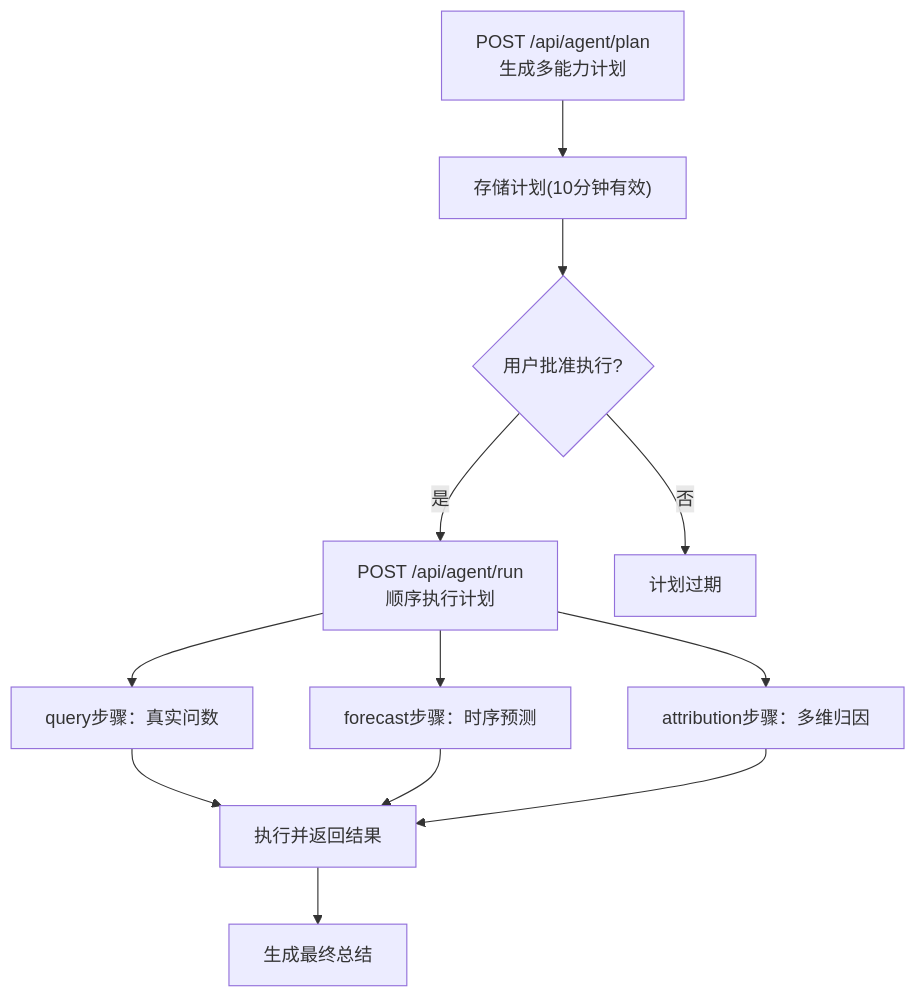
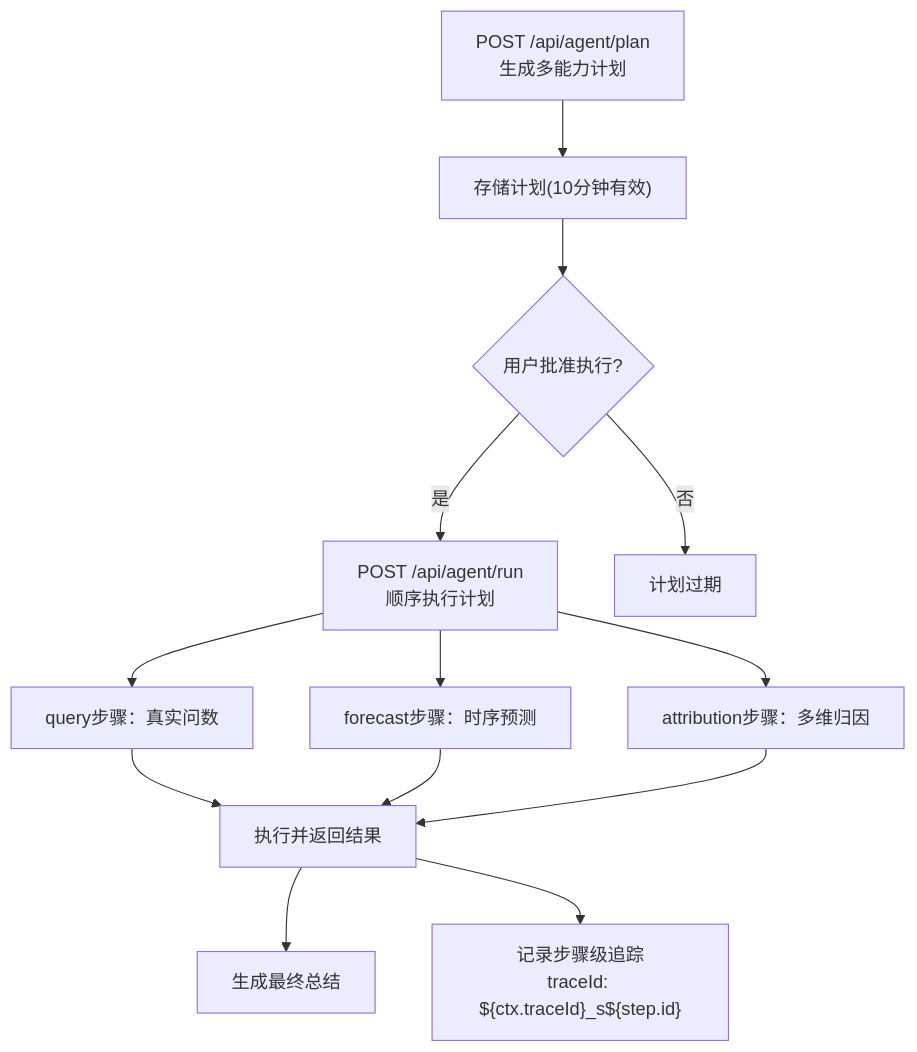
One commit to dgjin/smart-data-analytics changed the sixth of 9 diagrams in .qoder/repowiki/zh/content/后端服务/API设计与规范/请求响应格式.md. Above: the diagram before and after it, drawn with Mermaid. The commit also changed other lines of this file and 146 other files, not shown here.

````diff
--- a/.qoder/repowiki/zh/content/后端服务/API设计与规范/请求响应格式.md
+++ b/.qoder/repowiki/zh/content/后端服务/API设计与规范/请求响应格式.md
@@ -264,14 +273,15 @@
 ```mermaid
 flowchart TD
 Plan["POST /api/agent/plan<br/>生成多能力计划"] --> Store["存储计划(10分钟有效)"]
 Store --> Approve{"用户批准执行?"}
 Approve --> |是| Run["POST /api/agent/run<br/>顺序执行计划"]
 Approve --> |否| Expire["计划过期"]
 Run --> QueryStep["query步骤：真实问数"]
 Run --> ForecastStep["forecast步骤：时序预测"]
 Run --> AttributionStep["attribution步骤：多维归因"]
 QueryStep --> Execute["执行并返回结果"]
 ForecastStep --> Execute
 AttributionStep --> Execute
 Execute --> Summary["生成最终总结"]
+Execute --> Trace["记录步骤级追踪<br/>traceId: ${ctx.traceId}_s${step.id}"]
 ```
````
